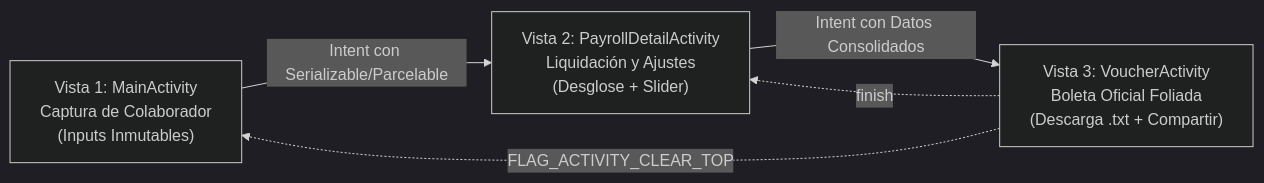
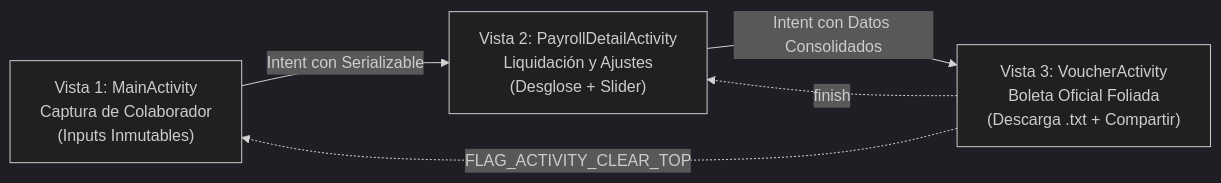
One commit to Orlandho/Act1Sem3AppsMov changed the first of 2 diagrams in AGENTS.md. Above: the diagram before and after it, drawn with Mermaid (dark theme). The commit also changed other lines of this file and 1 other file, not shown here.

````diff
--- a/AGENTS.md
+++ b/AGENTS.md
@@ -19,7 +22,7 @@
 ```mermaid
 flowchart LR
-    A["Vista 1: MainActivity\nCaptura de Colaborador\n(Inputs Inmutables)"] -->|Intent con Serializable/Parcelable| B["Vista 2: PayrollDetailActivity\nLiquidación y Ajustes\n(Desglose + Slider)"]
+    A["Vista 1: MainActivity\nCaptura de Colaborador\n(Inputs Inmutables)"] -->|Intent con Serializable| B["Vista 2: PayrollDetailActivity\nLiquidación y Ajustes\n(Desglose + Slider)"]
     B -->|Intent con Datos Consolidados| C["Vista 3: VoucherActivity\nBoleta Oficial Foliada\n(Descarga .txt + Compartir)"]
     C -.->|finish| B
     C -.->|FLAG_ACTIVITY_CLEAR_TOP| A
 ```
````
